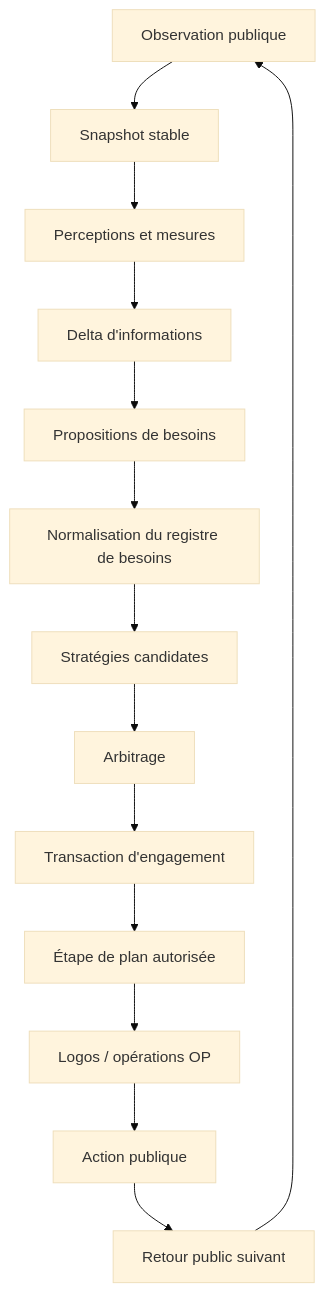
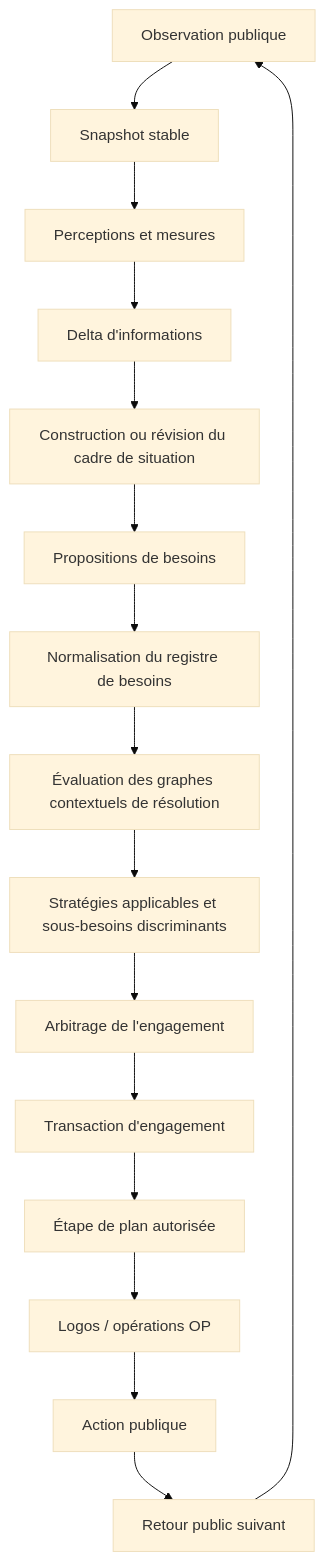
Before and after one commit to yannick-fontan-1981/sra-playground: the diagram in docs/architecture/v8-human-configurable-intelligence.md, drawn with Mermaid (base theme). The commit also changed other lines of this file, not shown here.

Commit message:
Add contextual need resolution to SIC architecture

````diff
--- a/docs/architecture/v8-human-configurable-intelligence.md
+++ b/docs/architecture/v8-human-configurable-intelligence.md
@@ -767,16 +1254,18 @@
 ```mermaid
 flowchart TD
     A[Observation publique] --> B[Snapshot stable]
     B --> C[Perceptions et mesures]
     C --> D[Delta d'informations]
-    D --> E[Propositions de besoins]
+    D --> SF[Construction ou révision du cadre de situation]
+    SF --> E[Propositions de besoins]
     E --> F[Normalisation du registre de besoins]
-    F --> G[Stratégies candidates]
-    G --> H[Arbitrage]
+    F --> R[Évaluation des graphes contextuels de résolution]
+    R --> G[Stratégies applicables et sous-besoins discriminants]
+    G --> H[Arbitrage de l'engagement]
     H --> I[Transaction d'engagement]
     I --> J[Étape de plan autorisée]
     J --> K[Logos / opérations OP]
     K --> L[Action publique]
     L --> M[Retour public suivant]
     M --> A
 ```
````
